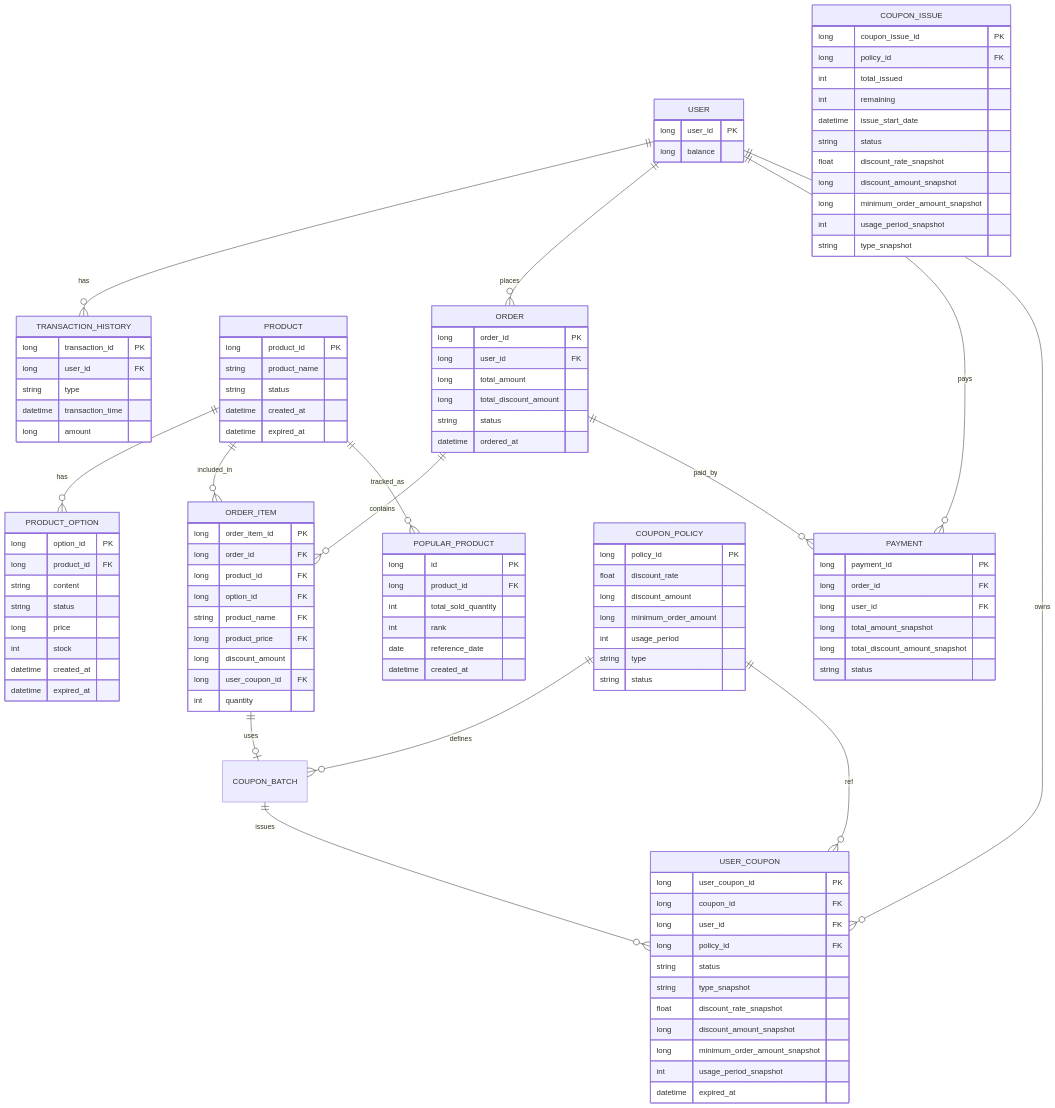
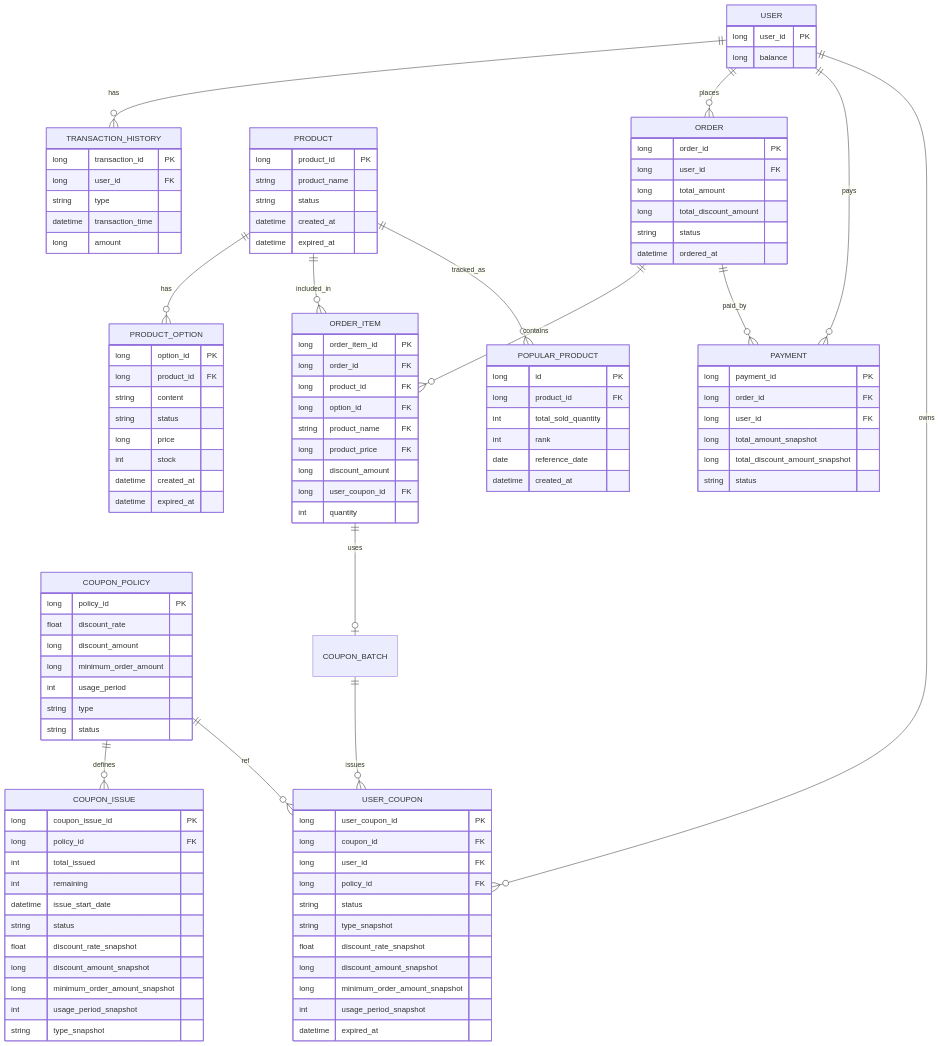
The diagram in docs/ERD.md (sky96027/e-commerce), drawn with Mermaid before and after one commit.

Commit message:
ERD 오타 수정

````diff
--- a/docs/ERD.md
+++ b/docs/ERD.md
@@ -128,7 +128,7 @@
 
     ORDER_ITEM ||--o| COUPON_BATCH : uses
 
-    COUPON_POLICY ||--o{ COUPON_BATCH : defines
+    COUPON_POLICY ||--o{ COUPON_ISSUE : defines
     COUPON_BATCH ||--o{ USER_COUPON : issues
     COUPON_POLICY ||--o{ USER_COUPON : ref
 ```
````
